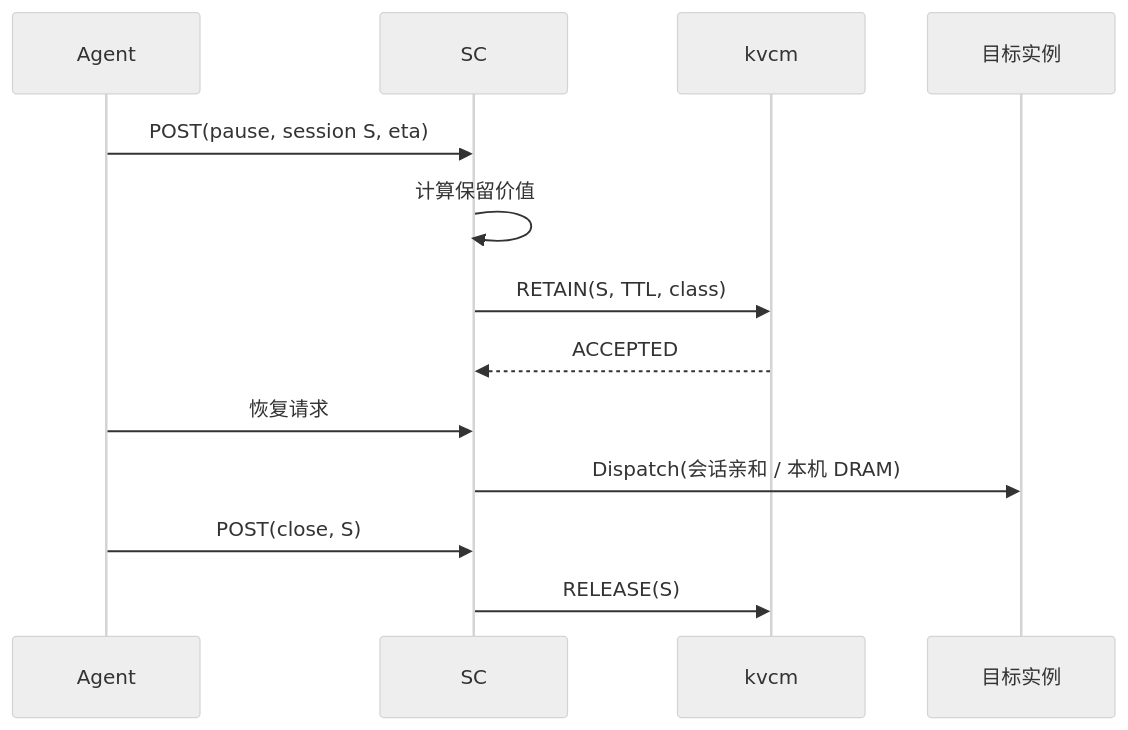
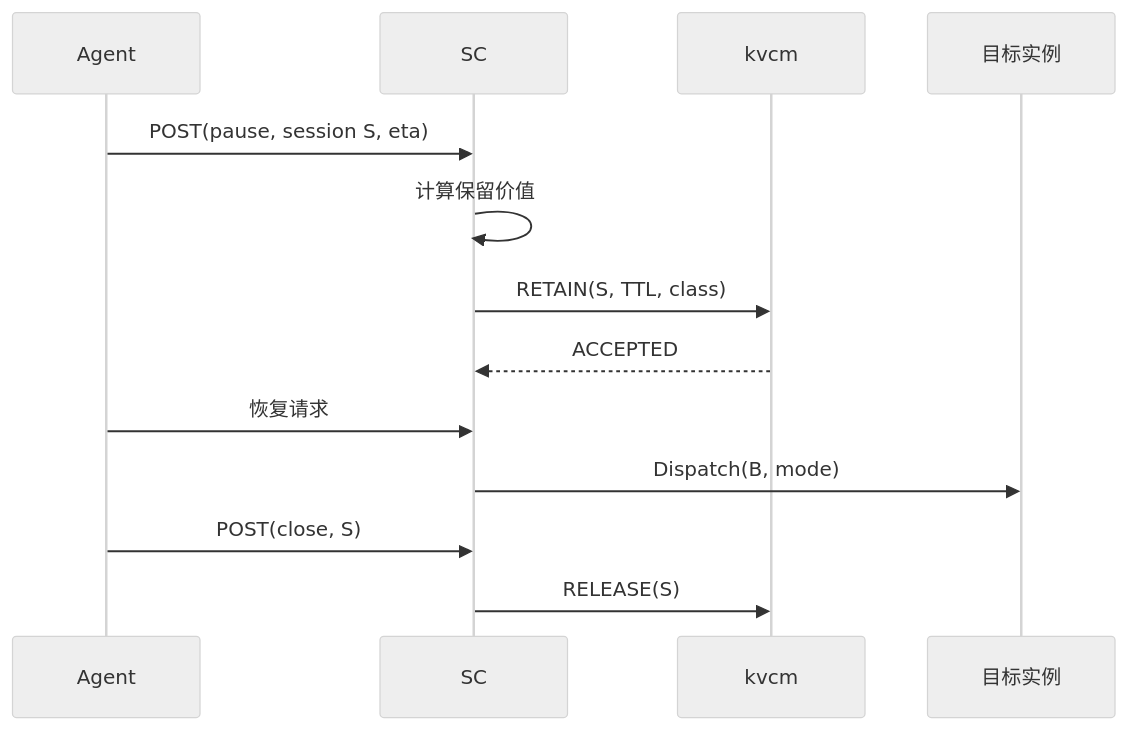
The fourth of 9 diagrams in kvcm/design/D8b-scheduling-sequences.md (5x8-40/lake), drawn with Mermaid (neutral theme) before and after one commit. The commit also changed other lines of this file and 3 other files, not shown here.

First line of the commit message:
docs(kvcm): Dispatch 去掉 hint，改 target+mode

````diff
--- a/kvcm/design/D8b-scheduling-sequences.md
+++ b/kvcm/design/D8b-scheduling-sequences.md
@@ -105,16 +105,16 @@
 ```mermaid
 sequenceDiagram
     participant A as Agent
     participant R as SC
     participant K as kvcm
     participant W as 目标实例
 
     A->>R: POST(pause, session S, eta)
     R->>R: 计算保留价值
     R->>K: RETAIN(S, TTL, class)
     K-->>R: ACCEPTED
     A->>R: 恢复请求
-    R->>W: Dispatch(会话亲和 / 本机 DRAM)
+    R->>W: Dispatch(B, mode)
     A->>R: POST(close, S)
     R->>K: RELEASE(S)
 ```
````
